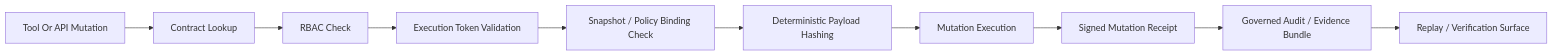
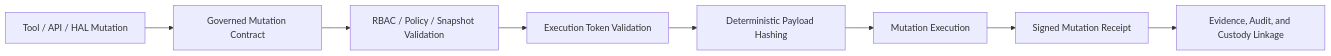
One commit to NeilLi/seedcore changed the diagram in docs/design-notes.md. Above: the diagram before and after it, drawn with Mermaid. The commit also changed other lines of this file, not shown here.

Commit message:
docs: refactor design notes as architecture anchor

````diff
--- a/docs/design-notes.md
+++ b/docs/design-notes.md
@@ -83,12 +91,10 @@
 ```mermaid
 flowchart LR
-    A["Tool Or API Mutation"] --> B["Contract Lookup"]
-    B --> C["RBAC Check"]
+    A["Tool / API / HAL Mutation"] --> B["Governed Mutation Contract"]
+    B --> C["RBAC / Policy / Snapshot Validation"]
     C --> D["Execution Token Validation"]
-    D --> E["Snapshot / Policy Binding Check"]
-    E --> F["Deterministic Payload Hashing"]
-    F --> G["Mutation Execution"]
-    G --> H["Signed Mutation Receipt"]
-    H --> I["Governed Audit / Evidence Bundle"]
-    I --> J["Replay / Verification Surface"]
+    D --> E["Deterministic Payload Hashing"]
+    E --> F["Mutation Execution"]
+    F --> G["Signed Mutation Receipt"]
+    G --> H["Evidence, Audit, and Custody Linkage"]
 ```
````
